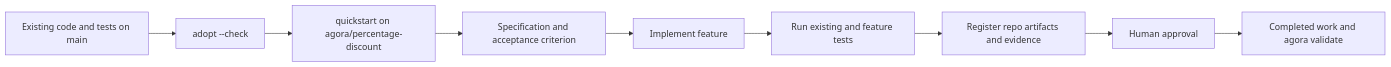
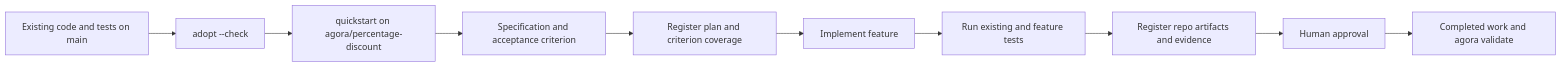
One commit to Modern-Ash/agora changed the diagram in samples/existing-codebase-feature/README.md. Above: the diagram before and after it, drawn with Mermaid. The commit also changed 21 other files, not shown here.

````diff
--- a/samples/existing-codebase-feature/README.md
+++ b/samples/existing-codebase-feature/README.md
@@ -9,11 +9,12 @@
 ```mermaid
 flowchart LR
     A[Existing code and tests on main] --> B[adopt --check]
     B --> C[quickstart on agora/percentage-discount]
     C --> D[Specification and acceptance criterion]
-    D --> E[Implement feature]
+    D --> P[Register plan and criterion coverage]
+    P --> E[Implement feature]
     E --> F[Run existing and feature tests]
     F --> G[Register repo artifacts and evidence]
     G --> H[Human approval]
     H --> I[Completed work and agora validate]
 ```
````
